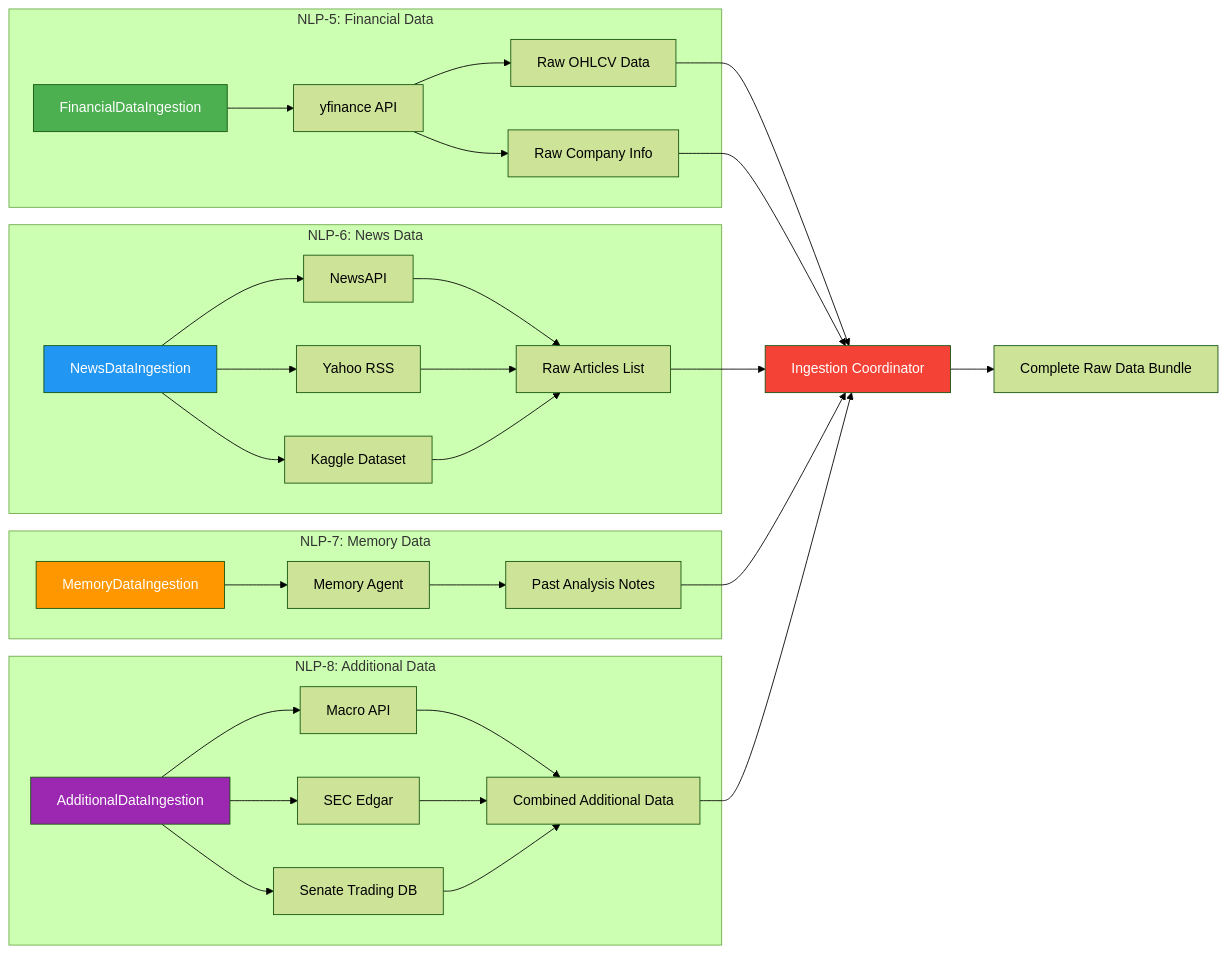
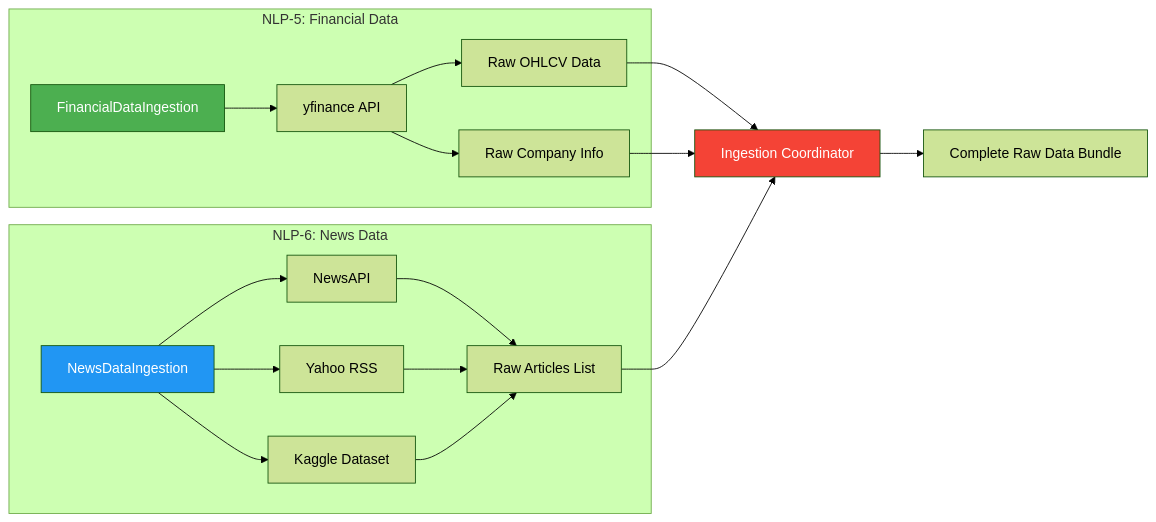
One commit to victorhg/aai-520-final-project-group5 changed the second of 3 diagrams in src/ingestion/ingestion-flow.md. Above: the diagram before and after it, drawn with Mermaid (forest theme). The commit also changed other lines of this file, not shown here.

Commit message:
Update ingestion-flow documentation

````diff
--- a/src/ingestion/ingestion-flow.md
+++ b/src/ingestion/ingestion-flow.md
@@ -105,45 +84,28 @@
 ```mermaid
 graph LR
     subgraph "NLP-5: Financial Data"
         A1[FinancialDataIngestion] --> A2[yfinance API]
         A2 --> A3[Raw OHLCV Data]
         A2 --> A4[Raw Company Info]
     end
     
     subgraph "NLP-6: News Data"
         B1[NewsDataIngestion] --> B2[NewsAPI]
         B1 --> B3[Yahoo RSS]
         B1 --> B4[Kaggle Dataset]
         B2 --> B5[Raw Articles List]
         B3 --> B5
         B4 --> B5
     end
     
-    subgraph "NLP-7: Memory Data"
-        C1[MemoryDataIngestion] --> C2[Memory Agent]
-        C2 --> C3[Past Analysis Notes]
-    end
-    
-    subgraph "NLP-8: Additional Data"
-        D1[AdditionalDataIngestion] --> D2[Macro API]
-        D1 --> D3[SEC Edgar]
-        D1 --> D4[Senate Trading DB]
-        D2 --> D5[Combined Additional Data]
-        D3 --> D5
-        D4 --> D5
-    end
     
     A3 --> E[Ingestion Coordinator]
     A4 --> E
     B5 --> E
-    C3 --> E
-    D5 --> E
     
     E --> F[Complete Raw Data Bundle]
     
     style A1 fill:#4CAF50,color:#fff
     style B1 fill:#2196F3,color:#fff
-    style C1 fill:#FF9800,color:#fff
-    style D1 fill:#9C27B0,color:#fff
     style E fill:#F44336,color:#fff
 ```
````
